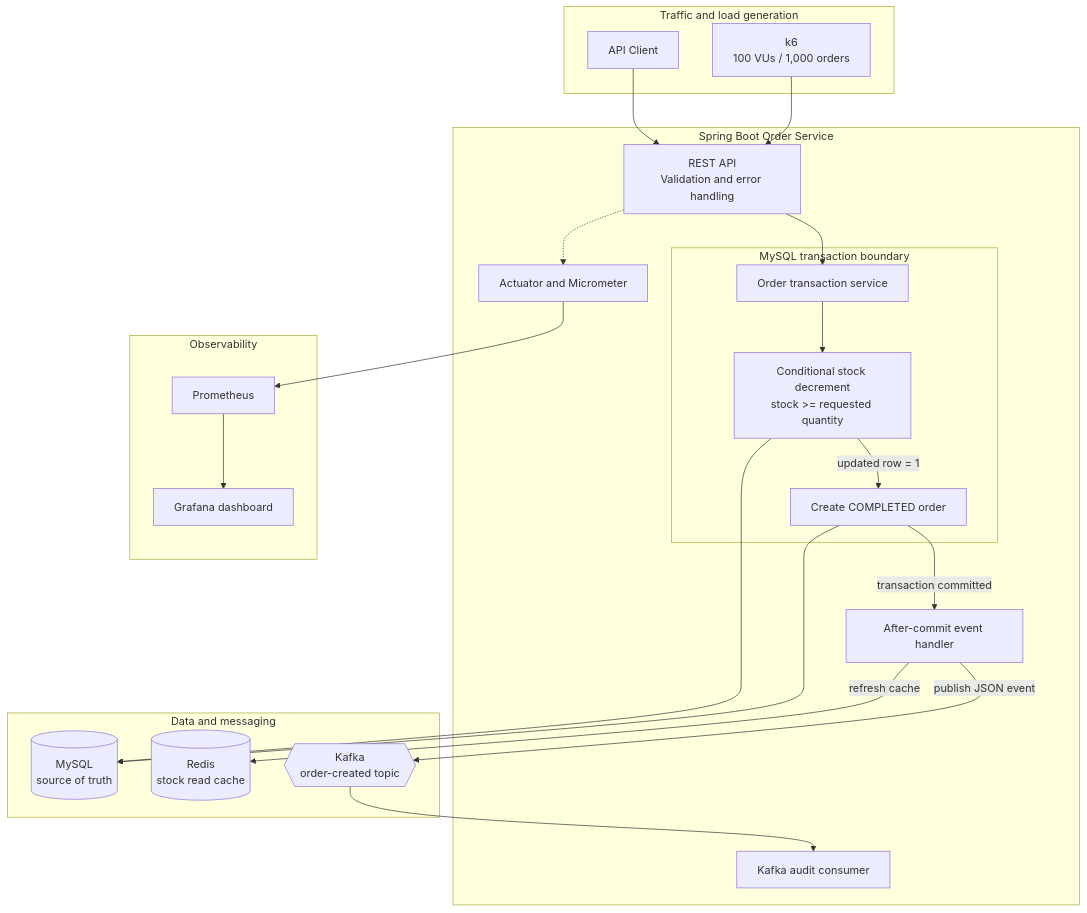
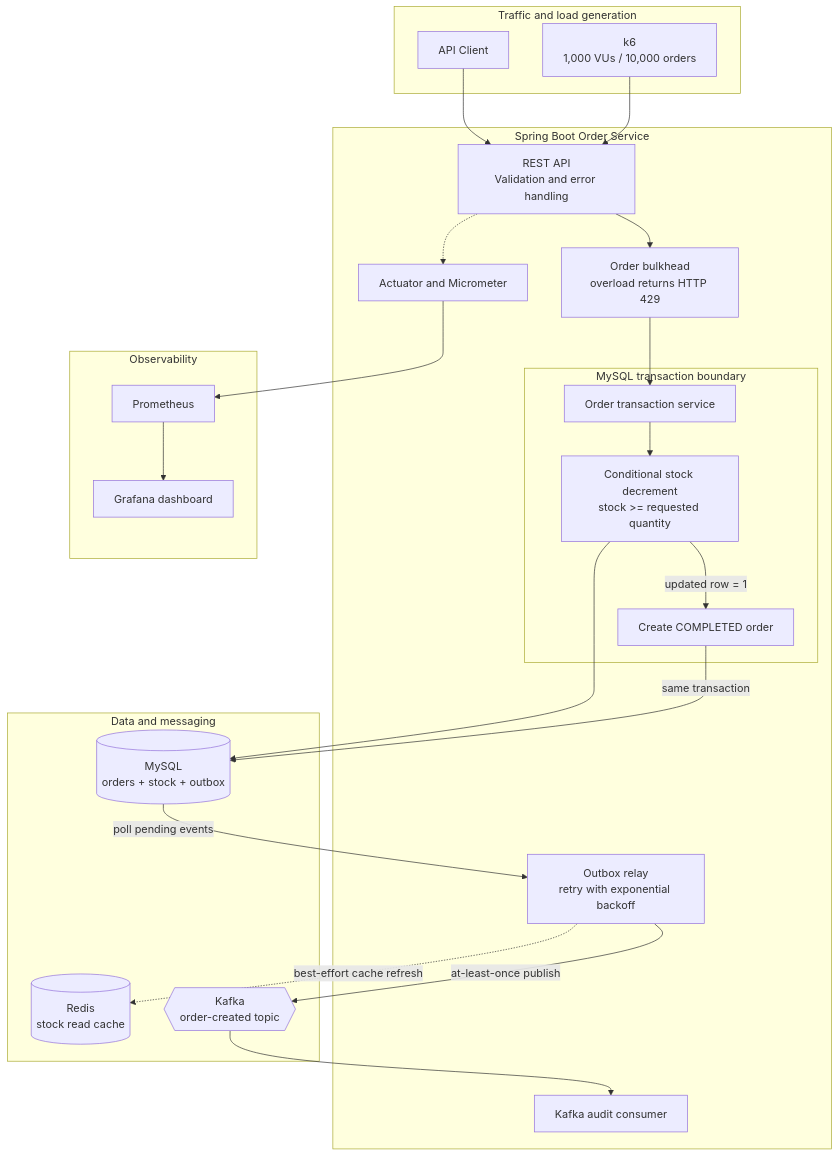
The diagram in README.md (dinyutin/OrderSystem), drawn with Mermaid before and after one commit. The commit also changed other lines of this file and 26 other files, not shown here.

````diff
--- a/README.md
+++ b/README.md
@@ -7,47 +7,48 @@
 ```mermaid
 flowchart TB
     subgraph Traffic[Traffic and load generation]
         Client[API Client]
-        K6[k6<br/>100 VUs / 1,000 orders]
+        K6[k6<br/>1,000 VUs / 10,000 orders]
     end
 
     subgraph Application[Spring Boot Order Service]
         API[REST API<br/>Validation and error handling]
 
         subgraph Transaction[MySQL transaction boundary]
             OrderService[Order transaction service]
             AtomicUpdate[Conditional stock decrement<br/>stock >= requested quantity]
             CreateOrder[Create COMPLETED order]
         end
 
-        AfterCommit[After-commit event handler]
+        Bulkhead[Order bulkhead<br/>overload returns HTTP 429]
+        OutboxWorker[Outbox relay<br/>retry with exponential backoff]
         Metrics[Actuator and Micrometer]
         Consumer[Kafka audit consumer]
     end
 
     subgraph Data[Data and messaging]
-        MySQL[(MySQL<br/>source of truth)]
+        MySQL[(MySQL<br/>orders + stock + outbox)]
         Redis[(Redis<br/>stock read cache)]
         Kafka{{Kafka<br/>order-created topic}}
     end
 
     subgraph Observability[Observability]
         Prometheus[Prometheus]
         Grafana[Grafana dashboard]
     end
 
     Client --> API
     K6 --> API
-    API --> OrderService
+    API --> Bulkhead --> OrderService
     OrderService --> AtomicUpdate
     AtomicUpdate --> MySQL
     AtomicUpdate -->|updated row = 1| CreateOrder
-    CreateOrder --> MySQL
-    CreateOrder -->|transaction committed| AfterCommit
-    AfterCommit -->|refresh cache| Redis
-    AfterCommit -->|publish JSON event| Kafka
+    CreateOrder -->|same transaction| MySQL
+    MySQL -->|poll pending events| OutboxWorker
+    OutboxWorker -.->|best-effort cache refresh| Redis
+    OutboxWorker -->|at-least-once publish| Kafka
     Kafka --> Consumer
     API -.-> Metrics
     Metrics --> Prometheus
     Prometheus --> Grafana
 ```
````
